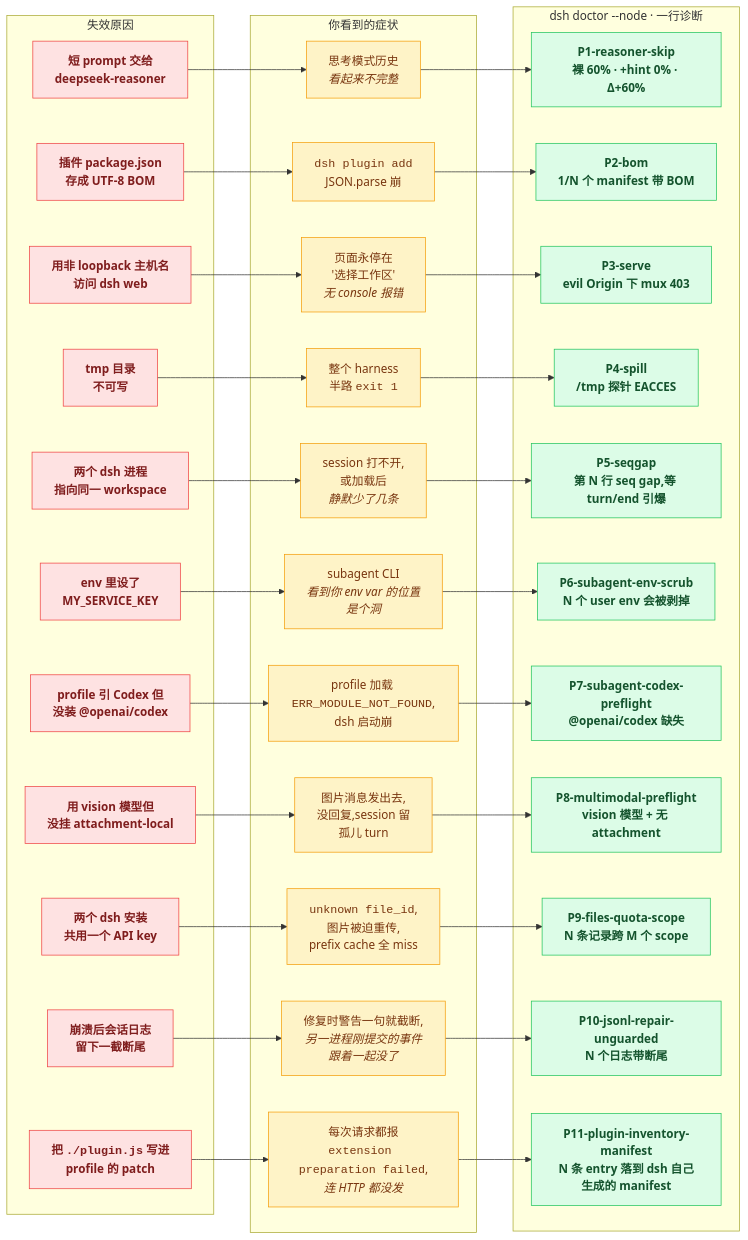
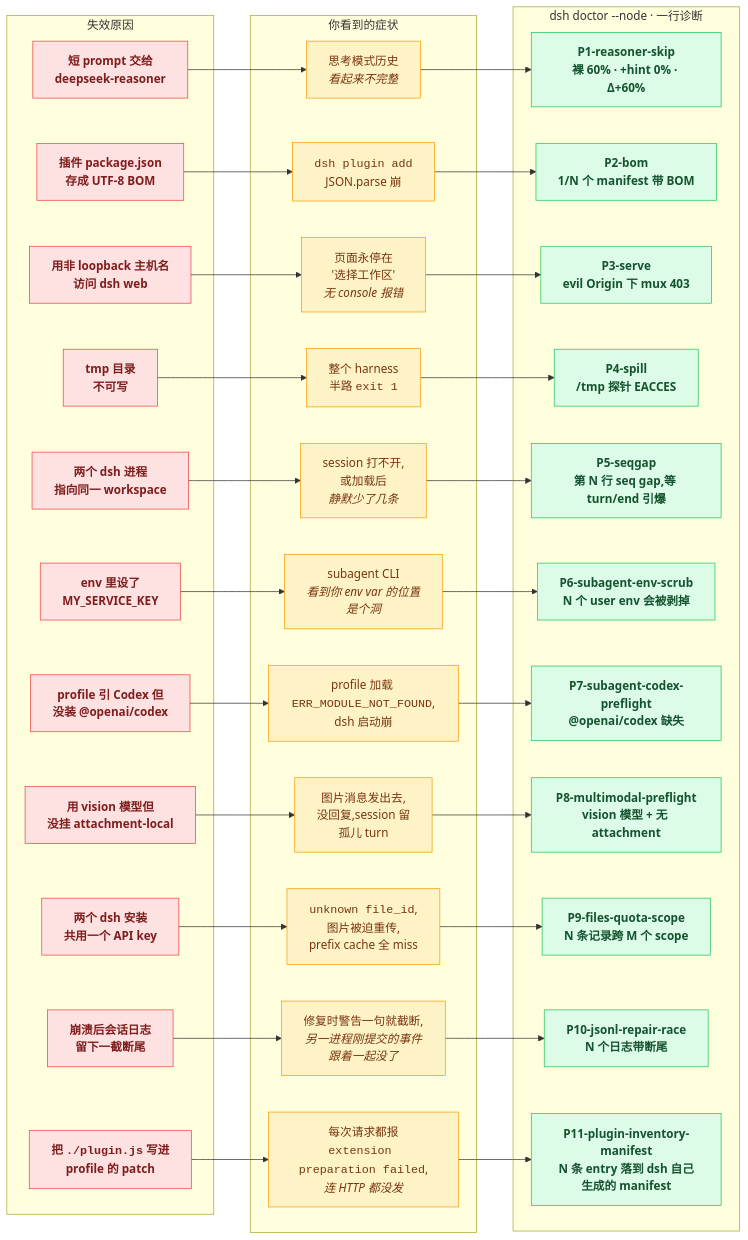
One commit to HenryZ838978/deepseek-harness changed the first of 4 diagrams in README.zh-CN.md. Above: the diagram before and after it, drawn with Mermaid. The commit also changed other lines of this file and 14 other files, not shown here.

```diff
--- a/README.zh-CN.md
+++ b/README.zh-CN.md
@@ -77,7 +77,7 @@
     D7["<b>P7-subagent-codex-preflight</b><br/>@openai/codex 缺失"]:::fix
     D8["<b>P8-multimodal-preflight</b><br/>vision 模型 + 无 attachment"]:::fix
     D9["<b>P9-files-quota-scope</b><br/>N 条记录跨 M 个 scope"]:::fix
-    D10["<b>P10-jsonl-repair-unguarded</b><br/>N 个日志带断尾"]:::fix
+    D10["<b>P10-jsonl-repair-race</b><br/>N 个日志带断尾"]:::fix
     D11["<b>P11-plugin-inventory-manifest</b><br/>N 条 entry 落到 dsh 自己生成的 manifest"]:::fix
 
     F1 --> S1 --> D1
```
